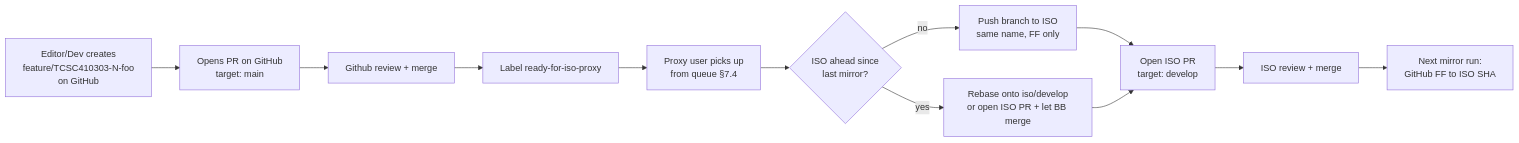
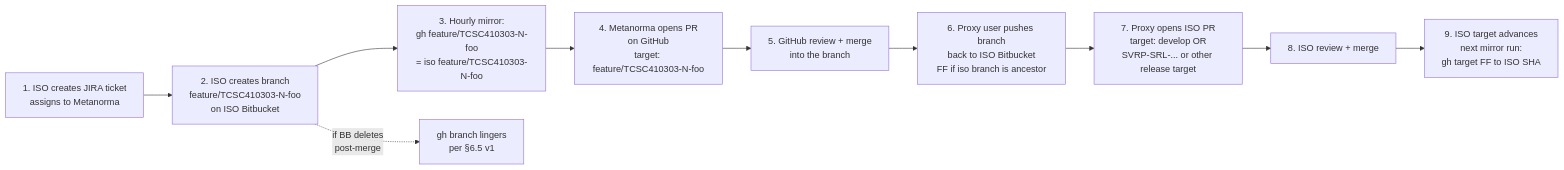
The third of 3 diagrams in docs/iso-mirror-sync.md (metanorma/iso-10303-sync), drawn with Mermaid before and after one commit. The commit also changed other lines of this file and 4 other files, not shown here.

First line of the commit message:
Switch to name-duplicated mapping: ISO develop → GitHub develop

````diff
--- a/docs/iso-mirror-sync.md
+++ b/docs/iso-mirror-sync.md
@@ -467,14 +468,12 @@
 ```mermaid
 flowchart LR
-  A[Editor/Dev creates<br/>feature/TCSC410303-N-foo<br/>on GitHub] --> B[Opens PR on GitHub<br/>target: main]
-  B --> C[Github review + merge]
-  C --> D[Label ready-for-iso-proxy]
-  D --> E[Proxy user picks up<br/>from queue §7.4]
-  E --> F{ISO ahead since<br/>last mirror?}
-  F -- no --> G[Push branch to ISO<br/>same name, FF only]
-  F -- yes --> H[Rebase onto iso/develop<br/>or open ISO PR + let BB merge]
-  G --> I[Open ISO PR<br/>target: develop]
-  H --> I
-  I --> J[ISO review + merge]
-  J --> K[Next mirror run:<br/>GitHub FF to ISO SHA]
+  A[1. ISO creates JIRA ticket<br/>assigns to Metanorma] --> B[2. ISO creates branch<br/>feature/TCSC410303-N-foo<br/>on ISO Bitbucket]
+  B --> C[3. Hourly mirror:<br/>gh feature/TCSC410303-N-foo<br/>= iso feature/TCSC410303-N-foo]
+  C --> D[4. Metanorma opens PR<br/>on GitHub<br/>target: feature/TCSC410303-N-foo]
+  D --> E[5. GitHub review + merge<br/>into the branch]
+  E --> F[6. Proxy user pushes branch<br/>back to ISO Bitbucket<br/>FF if iso branch is ancestor]
+  F --> G[7. Proxy opens ISO PR<br/>target: develop OR<br/>SVRP-SRL-... or other release target]
+  G --> H[8. ISO review + merge]
+  H --> I[9. ISO target advances<br/>next mirror run:<br/>gh target FF to ISO SHA]
+  B -.->|if BB deletes<br/>post-merge| J[gh branch lingers<br/>per §6.5 v1]
 ```
````
